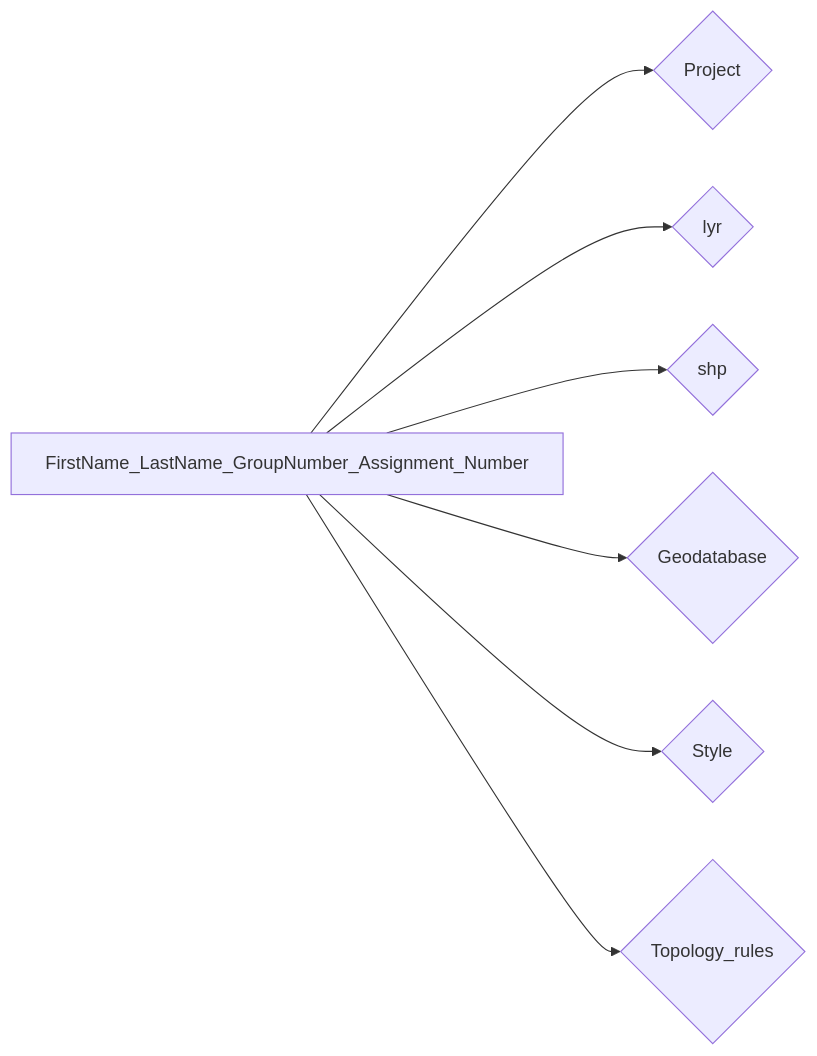
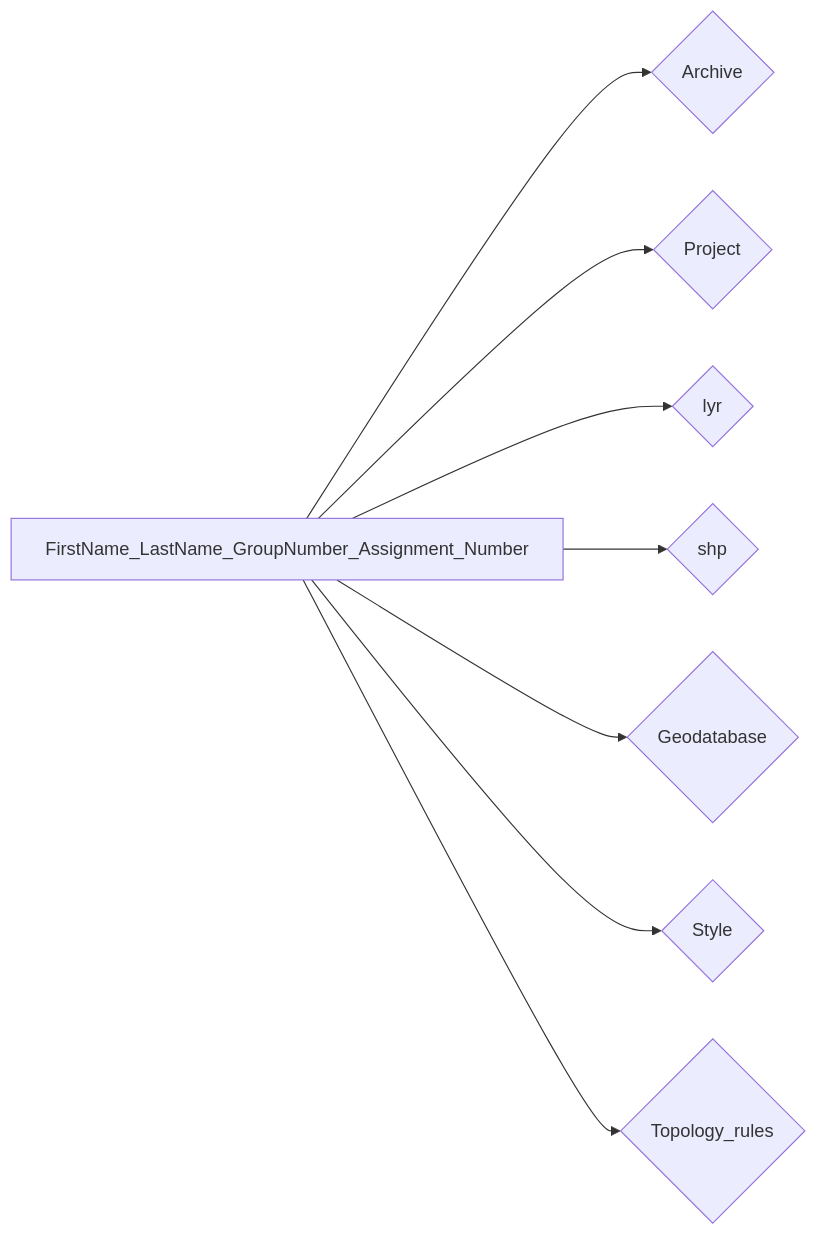
The diagram in docs/ICS_GIS/Lab/Topology.md (ezdanapak/GTU-GIS), drawn with Mermaid before and after one commit. The commit also changed 1 other file, not shown here.

Commit message:
Initial commit with MkDocs site

````diff
--- a/docs/ICS_GIS/Lab/Topology.md
+++ b/docs/ICS_GIS/Lab/Topology.md
@@ -66,9 +66,10 @@
 ``` mermaid
 graph LR
-  A[FirstName_LastName_GroupNumber_Assignment_Number] --> B{Project};
-  A[FirstName_LastName_GroupNumber_Assignment_Number] --> C{lyr};
-  A[FirstName_LastName_GroupNumber_Assignment_Number] --> D{shp};
-  A[FirstName_LastName_GroupNumber_Assignment_Number] --> E{Geodatabase};
-  A[FirstName_LastName_GroupNumber_Assignment_Number] --> F{Style};
-  A[FirstName_LastName_GroupNumber_Assignment_Number] --> G{Topology_rules};
+  A[FirstName_LastName_GroupNumber_Assignment_Number] --> B{Archive};
+  A[FirstName_LastName_GroupNumber_Assignment_Number] --> C{Project};
+  A[FirstName_LastName_GroupNumber_Assignment_Number] --> D{lyr};
+  A[FirstName_LastName_GroupNumber_Assignment_Number] --> E{shp};
+  A[FirstName_LastName_GroupNumber_Assignment_Number] --> F{Geodatabase};
+  A[FirstName_LastName_GroupNumber_Assignment_Number] --> G{Style};
+  A[FirstName_LastName_GroupNumber_Assignment_Number] --> H{Topology_rules};
 ```
````
